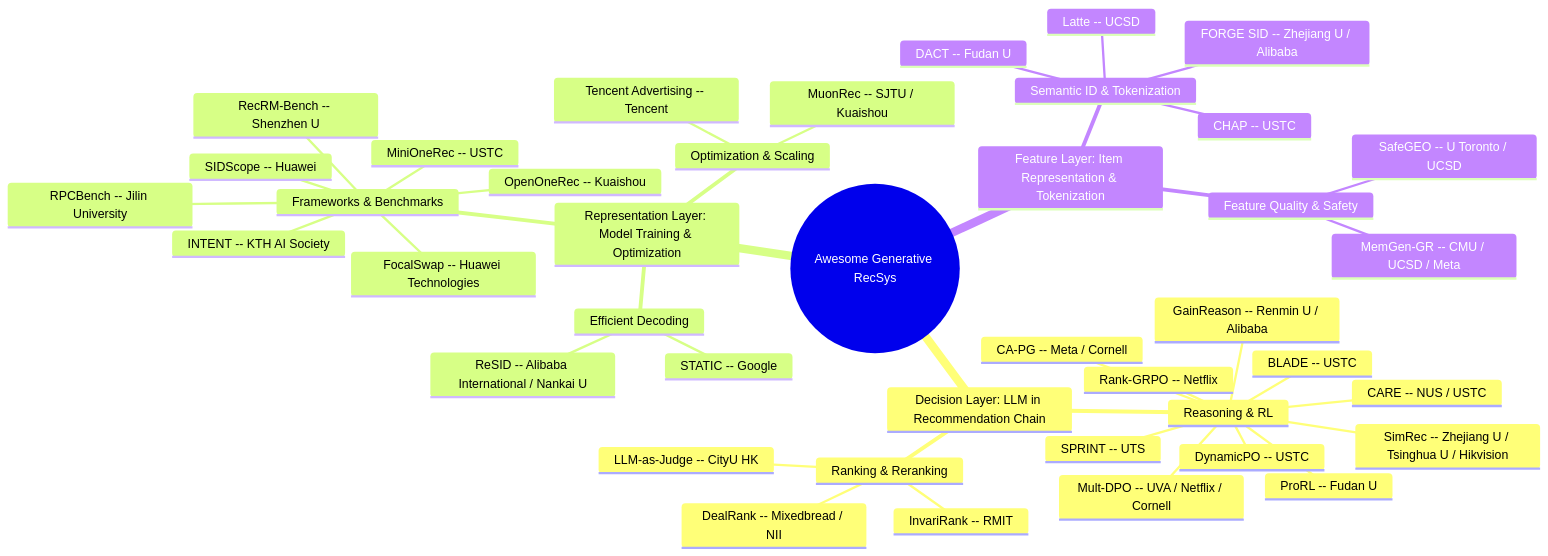
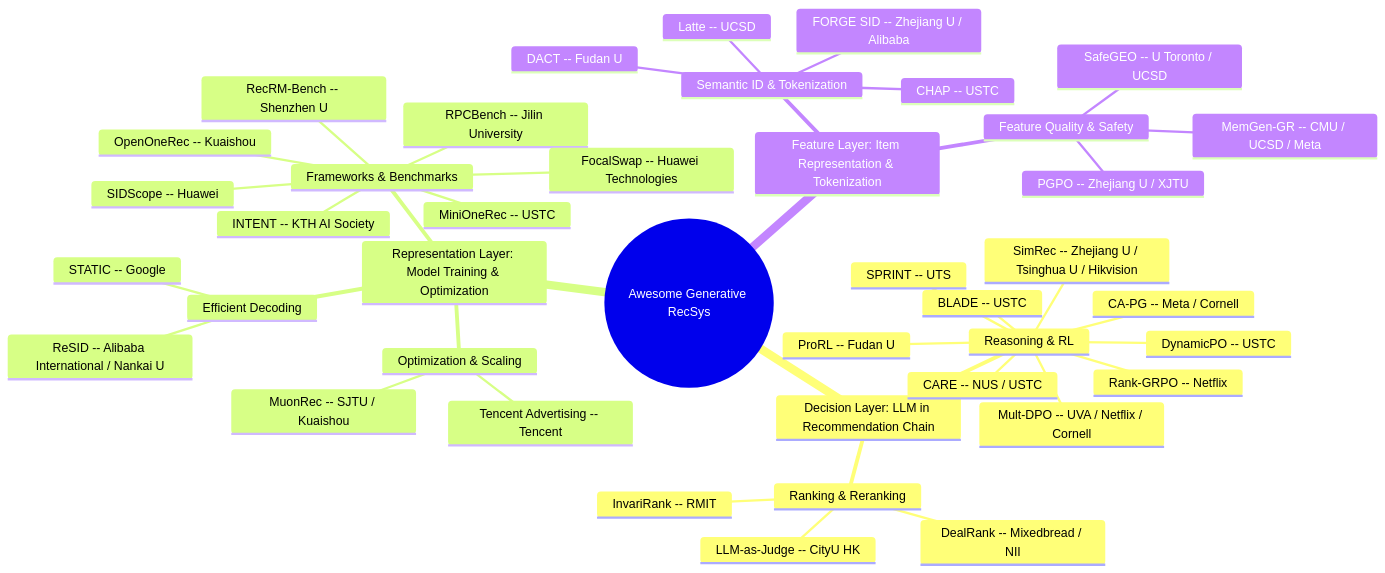
The diagram in README.md (HaFred/awesome-generative-recsys), drawn with Mermaid before and after one commit. The commit also changed other lines of this file and 3 other files, not shown here.

````diff
--- a/README.md
+++ b/README.md
@@ -30,44 +30,44 @@
 ```mermaid
 mindmap
   root((Awesome Generative RecSys))
     Decision Layer: LLM in Recommendation Chain
       Reasoning & RL
         Rank-GRPO -- Netflix
         DynamicPO -- USTC
         BLADE -- USTC
         SPRINT -- UTS
         CARE -- NUS / USTC
         Mult-DPO -- UVA / Netflix / Cornell
         CA-PG -- Meta / Cornell
         ProRL -- Fudan U
         SimRec -- Zhejiang U / Tsinghua U / Hikvision
-        GainReason -- Renmin U / Alibaba
       Ranking & Reranking
         InvariRank -- RMIT
         DealRank -- Mixedbread / NII
         LLM-as-Judge -- CityU HK
     Representation Layer: Model Training & Optimization
       Frameworks & Benchmarks
         MiniOneRec -- USTC
         OpenOneRec -- Kuaishou
         RecRM-Bench -- Shenzhen U
         SIDScope -- Huawei
         RPCBench -- Jilin University
         FocalSwap -- Huawei Technologies
         INTENT -- KTH AI Society
       Efficient Decoding
         STATIC -- Google
         ReSID -- Alibaba International / Nankai U
       Optimization & Scaling
         MuonRec -- SJTU / Kuaishou
         Tencent Advertising -- Tencent
     Feature Layer: Item Representation & Tokenization
       Semantic ID & Tokenization
         Latte -- UCSD
         FORGE SID -- Zhejiang U / Alibaba
         DACT -- Fudan U
         CHAP -- USTC
       Feature Quality & Safety
         SafeGEO -- U Toronto / UCSD
         MemGen-GR -- CMU / UCSD / Meta
+        PGPO -- Zhejiang U / XJTU
 ```
````
